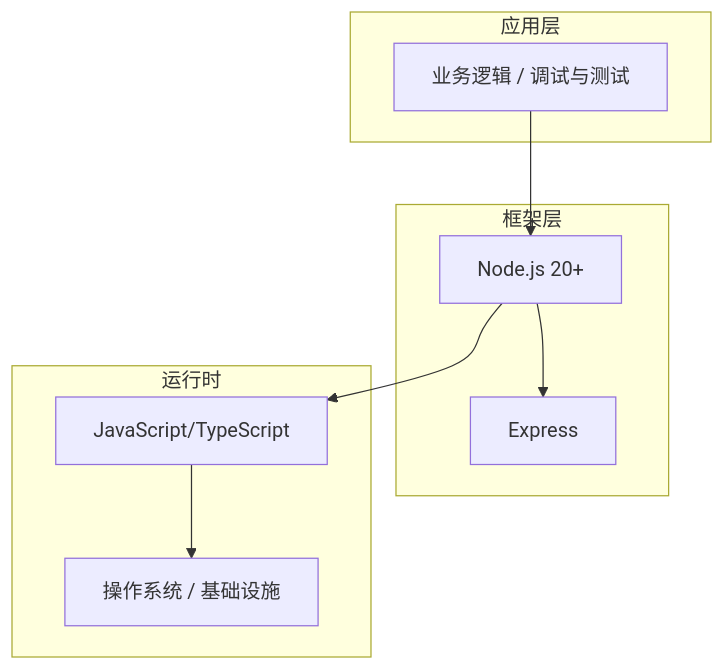
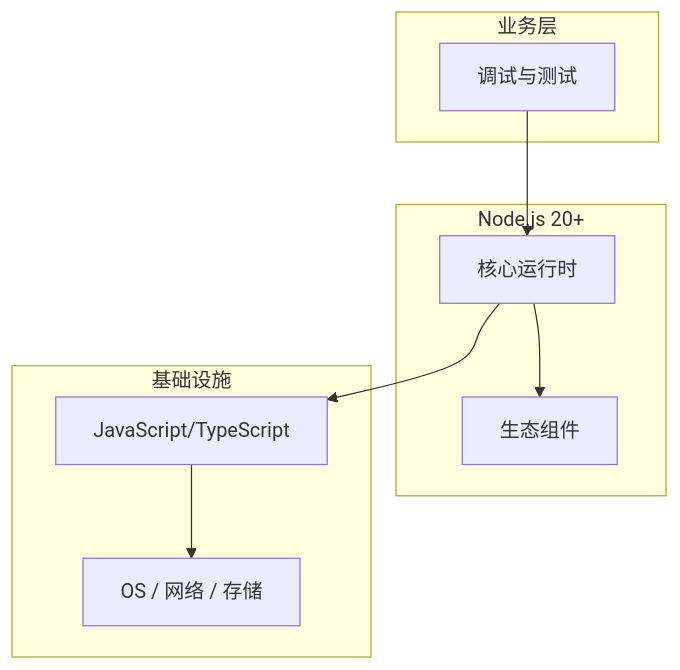
One commit to yanggan2015/knowledge-json-v2 changed the diagram in articles/Node.js/chapters/107-调试与测试核心概念与原理.md. Above: the diagram before and after it, drawn with Mermaid. The commit also changed other lines of this file and 10127 other files, not shown here.

````diff
--- a/articles/Node.js/chapters/107-调试与测试核心概念与原理.md
+++ b/articles/Node.js/chapters/107-调试与测试核心概念与原理.md
@@ -45,18 +34,18 @@
 ```mermaid
 graph TB
-    subgraph 应用层
-        A[业务逻辑 / 调试与测试]
+    subgraph 业务层
+        A[调试与测试]
     end
-    subgraph 框架层
-        B[Node.js 20+]
-        C[Express]
+    subgraph Node.js 20+
+        B[核心运行时]
+        C[生态组件]
     end
-    subgraph 运行时
+    subgraph 基础设施
         D[JavaScript/TypeScript]
-        E[操作系统 / 基础设施]
+        E[OS / 网络 / 存储]
     end
     A --> B
     B --> C
     B --> D
     D --> E
 ```
````
